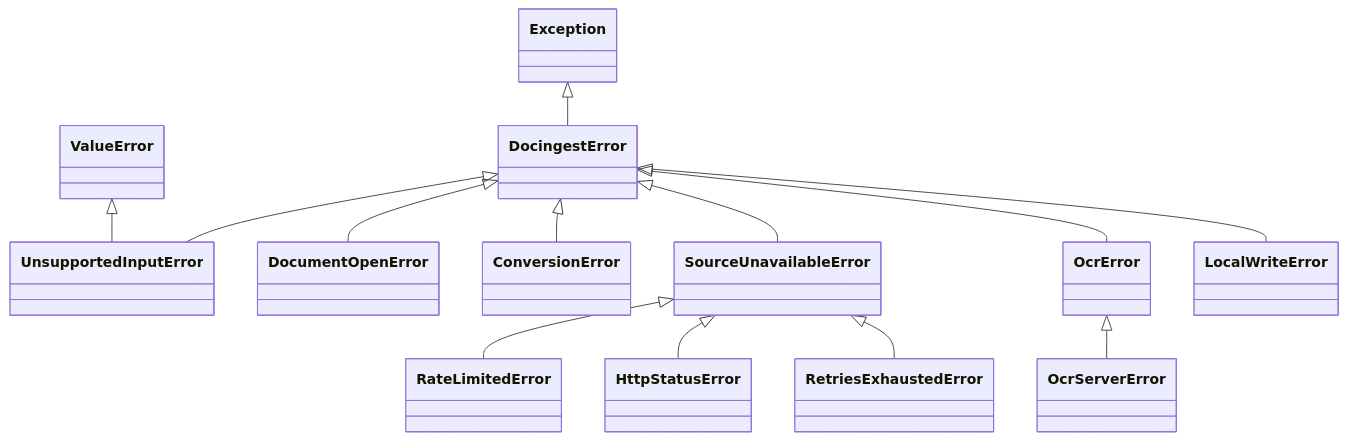
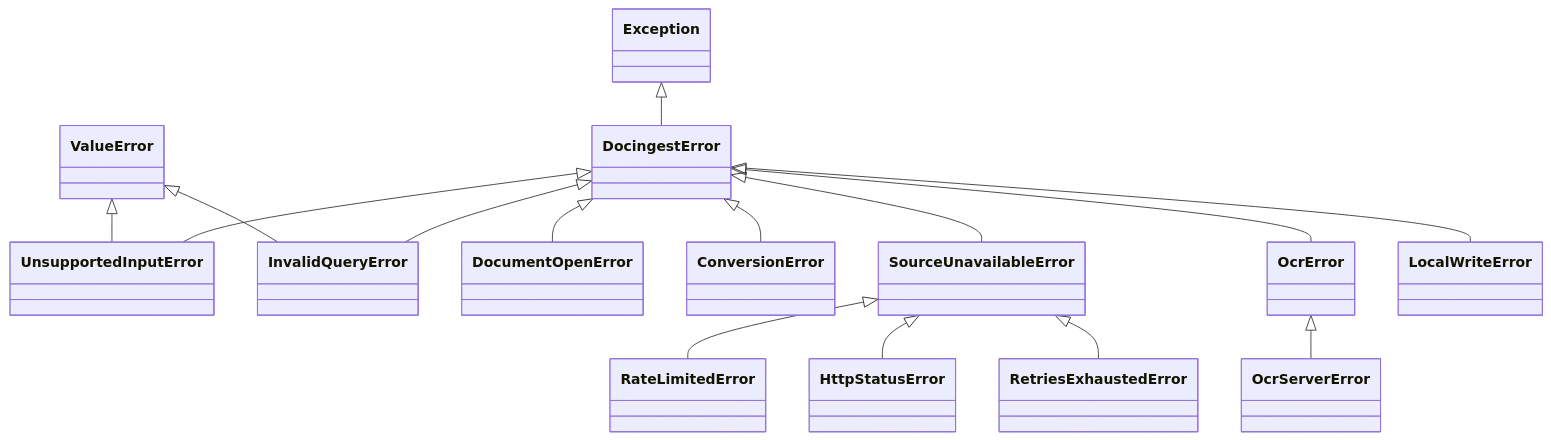
One commit to etxsA/doc-ingest changed diagram 14 of 18 in docs/architecture.md. Above: the diagram before and after it, drawn with Mermaid. The commit also changed other lines of this file and 12 other files, not shown here.

Commit message:
docs: module READMEs, architecture and contributing guide match the fixes

````diff
--- a/docs/architecture.md
+++ b/docs/architecture.md
@@ -935,15 +937,17 @@
 ```mermaid
 classDiagram
     Exception <|-- DocingestError
     DocingestError <|-- UnsupportedInputError
     ValueError <|-- UnsupportedInputError
+    DocingestError <|-- InvalidQueryError
+    ValueError <|-- InvalidQueryError
     DocingestError <|-- DocumentOpenError
     DocingestError <|-- ConversionError
     DocingestError <|-- SourceUnavailableError
     DocingestError <|-- OcrError
     SourceUnavailableError <|-- RateLimitedError
     SourceUnavailableError <|-- HttpStatusError
     SourceUnavailableError <|-- RetriesExhaustedError
     DocingestError <|-- LocalWriteError
     OcrError <|-- OcrServerError
 ```
````
